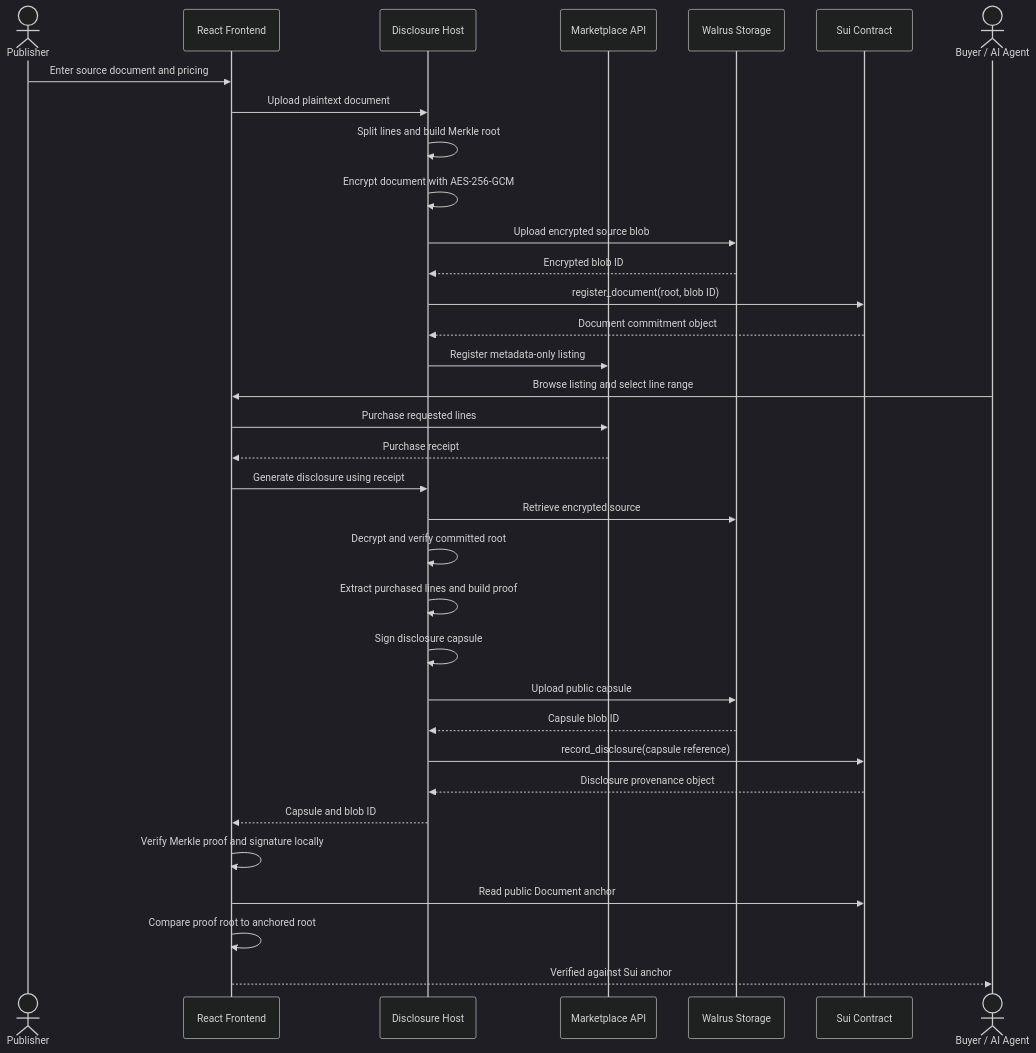
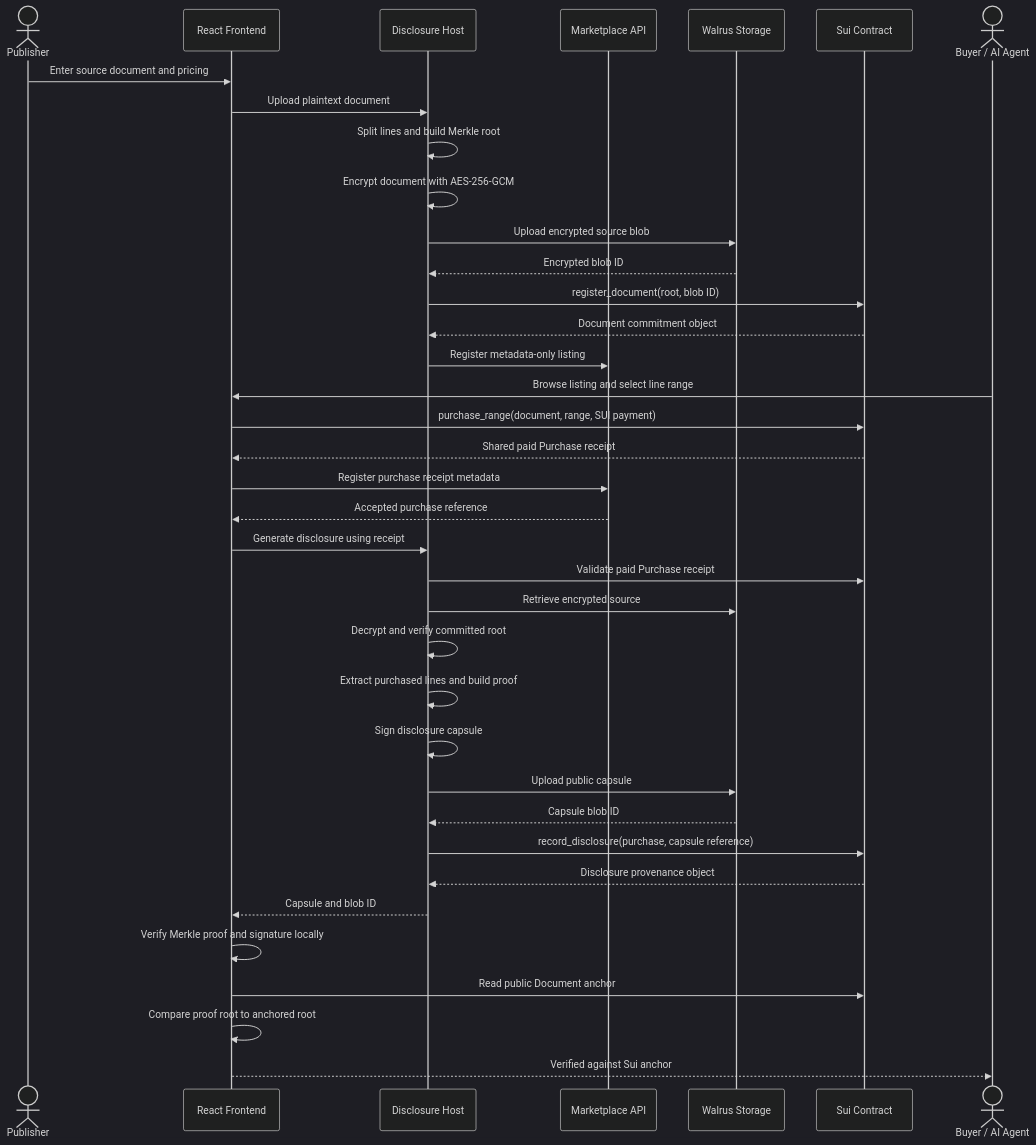
Before and after one commit to 0xr10t/capsule: the diagram in README.md, drawn with Mermaid (dark theme). The commit also changed other lines of this file and 6 other files, not shown here.

Commit message:
docs: record paid disclosure deployment and roadmap

````diff
--- a/README.md
+++ b/README.md
@@ -49,39 +53,42 @@
 ```mermaid
 sequenceDiagram
     actor Publisher
     participant UI as React Frontend
     participant Host as Disclosure Host
     participant Market as Marketplace API
     participant Walrus as Walrus Storage
     participant Sui as Sui Contract
     actor Buyer as Buyer / AI Agent
 
     Publisher->>UI: Enter source document and pricing
     UI->>Host: Upload plaintext document
     Host->>Host: Split lines and build Merkle root
     Host->>Host: Encrypt document with AES-256-GCM
     Host->>Walrus: Upload encrypted source blob
     Walrus-->>Host: Encrypted blob ID
     Host->>Sui: register_document(root, blob ID)
     Sui-->>Host: Document commitment object
     Host->>Market: Register metadata-only listing
 
     Buyer->>UI: Browse listing and select line range
-    UI->>Market: Purchase requested lines
-    Market-->>UI: Purchase receipt
+    UI->>Sui: purchase_range(document, range, SUI payment)
+    Sui-->>UI: Shared paid Purchase receipt
+    UI->>Market: Register purchase receipt metadata
+    Market-->>UI: Accepted purchase reference
     UI->>Host: Generate disclosure using receipt
+    Host->>Sui: Validate paid Purchase receipt
     Host->>Walrus: Retrieve encrypted source
     Host->>Host: Decrypt and verify committed root
     Host->>Host: Extract purchased lines and build proof
     Host->>Host: Sign disclosure capsule
     Host->>Walrus: Upload public capsule
     Walrus-->>Host: Capsule blob ID
-    Host->>Sui: record_disclosure(capsule reference)
+    Host->>Sui: record_disclosure(purchase, capsule reference)
     Sui-->>Host: Disclosure provenance object
     Host-->>UI: Capsule and blob ID
 
     UI->>UI: Verify Merkle proof and signature locally
     UI->>Sui: Read public Document anchor
     UI->>UI: Compare proof root to anchored root
     UI-->>Buyer: Verified against Sui anchor
 ```
````
